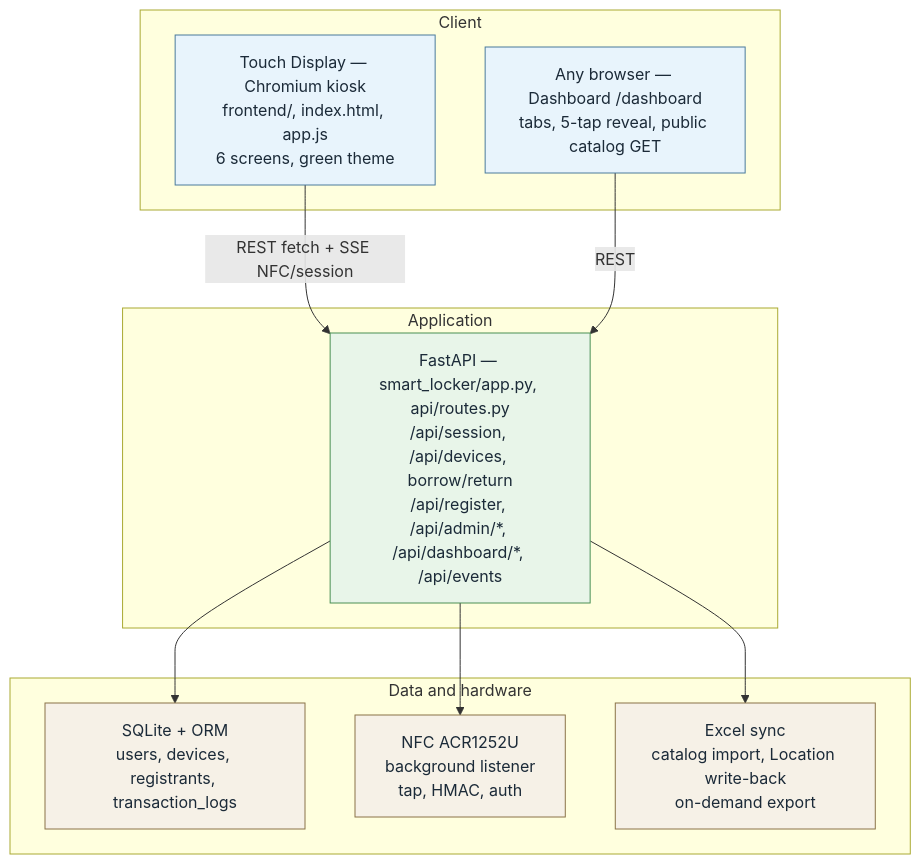
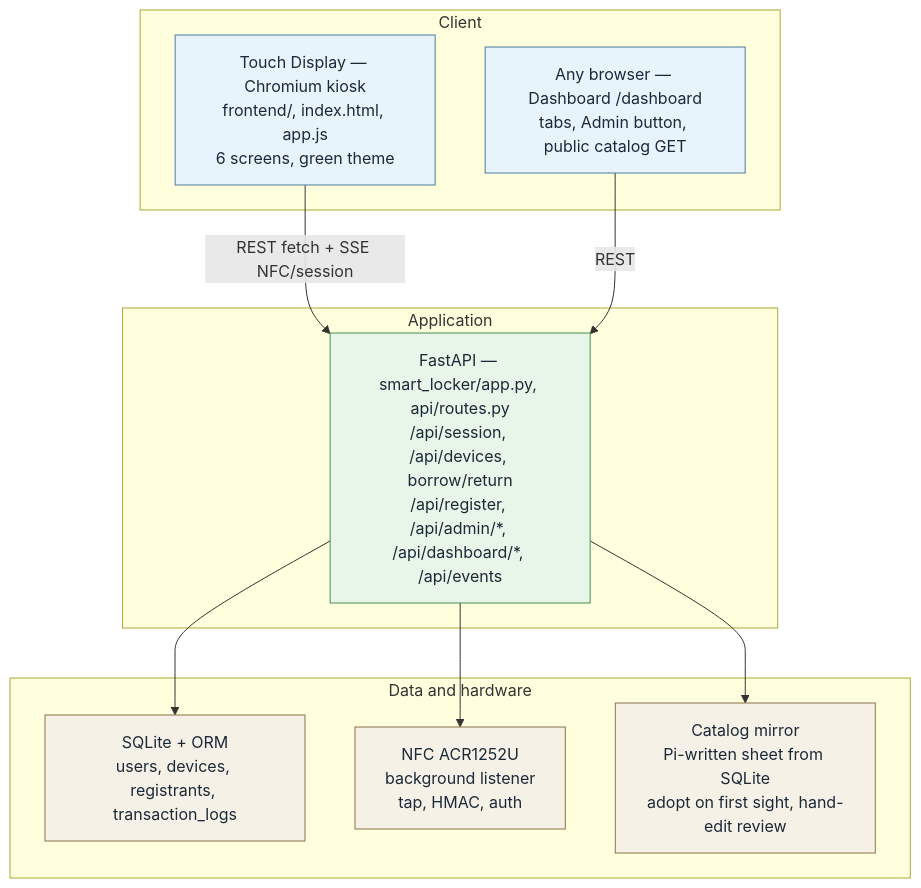
One commit to umbramonarch/smart_locker changed the diagram in README.md. Above: the diagram before and after it, drawn with Mermaid. The commit also changed other lines of this file and 52 other files, not shown here.

````diff
--- a/README.md
+++ b/README.md
@@ -180,30 +185,30 @@
 ```mermaid
 flowchart TB
     subgraph client["Client"]
         kiosk["Touch Display — Chromium kiosk<br/>frontend/, index.html, app.js<br/>6 screens, green theme"]
-        dash["Any browser — Dashboard /dashboard<br/>tabs, 5-tap reveal, public catalog GET"]
+        dash["Any browser — Dashboard /dashboard<br/>tabs, Admin button, public catalog GET"]
     end
 
     subgraph application["Application"]
         api["FastAPI — smart_locker/app.py, api/routes.py<br/>/api/session, /api/devices, borrow/return<br/>/api/register, /api/admin/*, /api/dashboard/*, /api/events"]
     end
 
     subgraph hardware["Data and hardware"]
         sqlite["SQLite + ORM<br/>users, devices, registrants, transaction_logs"]
         nfc["NFC ACR1252U<br/>background listener<br/>tap, HMAC, auth"]
-        excel["Excel sync<br/>catalog import, Location write-back<br/>on-demand export"]
+        excel["Catalog mirror<br/>Pi-written sheet from SQLite<br/>adopt on first sight, hand-edit review"]
     end
 
     kiosk -->|"REST fetch + SSE NFC/session"| api
     dash -->|"REST"| api
     api --> sqlite
     api --> nfc
     api --> excel
 
     classDef clientFill fill:#e8f4fc,stroke:#4a7a9c,color:#1b2a38
     classDef appFill fill:#e8f5e9,stroke:#4a8f54,color:#1b2a38
     classDef dataFill fill:#f6f1e7,stroke:#8a7348,color:#1b2a38
     class kiosk,dash clientFill
     class api appFill
     class sqlite,nfc,excel dataFill
 ```
````
